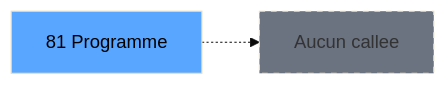
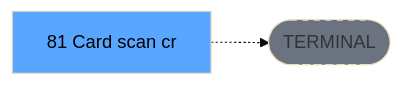
Before and after one commit to thonyAGP/lecteur-magic: the third of 3 diagrams in .openspec/renders/ADH-IDE-81.md, drawn with Mermaid (base theme). The commit also changed other lines of this file and 701 other files, not shown here.

````diff
--- a/.openspec/renders/ADH-IDE-81.md
+++ b/.openspec/renders/ADH-IDE-81.md
@@ -138,8 +135,8 @@
 ```mermaid
 graph LR
-    T[81 Programme]
-    NONE[Aucun callee]
-    T -.-> NONE
+    T[81    Card scan cr]
+    TERM([TERMINAL])
+    T -.-> TERM
+    style TERM fill:#6b7280,stroke-dasharray: 5 5
     style T fill:#58a6ff,color:#000
-    style NONE fill:#6b7280,stroke-dasharray: 5 5
 ```
````
